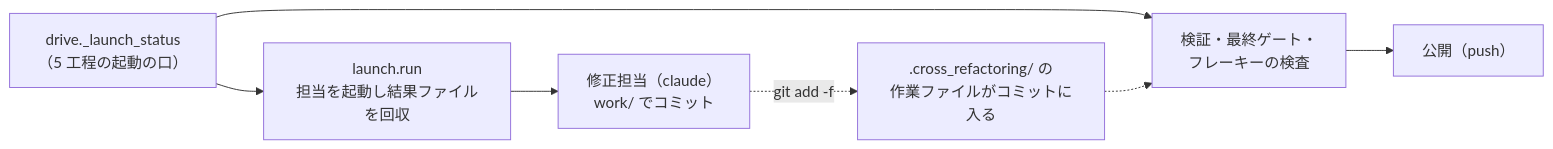
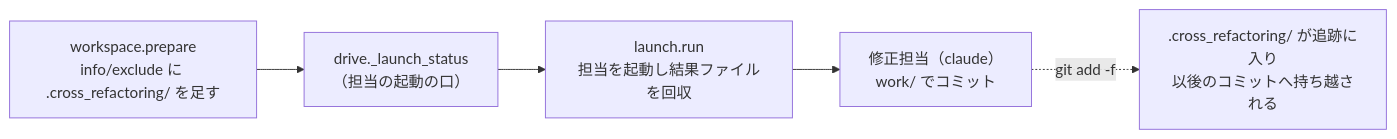
Before and after one commit to devbasex/ai-plugins: the first of 2 diagrams in issues/issue-3500-design.md, drawn with Mermaid. The commit also changed other lines of this file and 2 other files, not shown here.

First line of the commit message:
Docs: #3500 の設計を設計承認ゲートの回答で最小の形へ書き直す（起動の前に .cross_refactoring/ を片付け、コミットの作り直しをやめる）

````diff
--- a/issues/issue-3500-design.md
+++ b/issues/issue-3500-design.md
@@ -9,9 +9,7 @@
 ```mermaid
 flowchart LR
-  D["drive._launch_status<br/>（5 工程の起動の口）"] --> L["launch.run<br/>担当を起動し結果ファイルを回収"]
+  P["workspace.prepare<br/>info/exclude に .cross_refactoring/ を足す"] --> D["drive._launch_status<br/>（担当の起動の口）"]
+  D --> L["launch.run<br/>担当を起動し結果ファイルを回収"]
   L --> F["修正担当（claude）<br/>work/ でコミット"]
-  F -.->|"git add -f"| X[".cross_refactoring/ の<br/>作業ファイルがコミットに入る"]
-  D --> V["検証・最終ゲート・<br/>フレーキーの検査"]
-  V --> P["公開（push）"]
-  X -.-> V
+  F -.->|"git add -f"| X[".cross_refactoring/ が追跡に入り<br/>以後のコミットへ持ち越される"]
 ```
````
